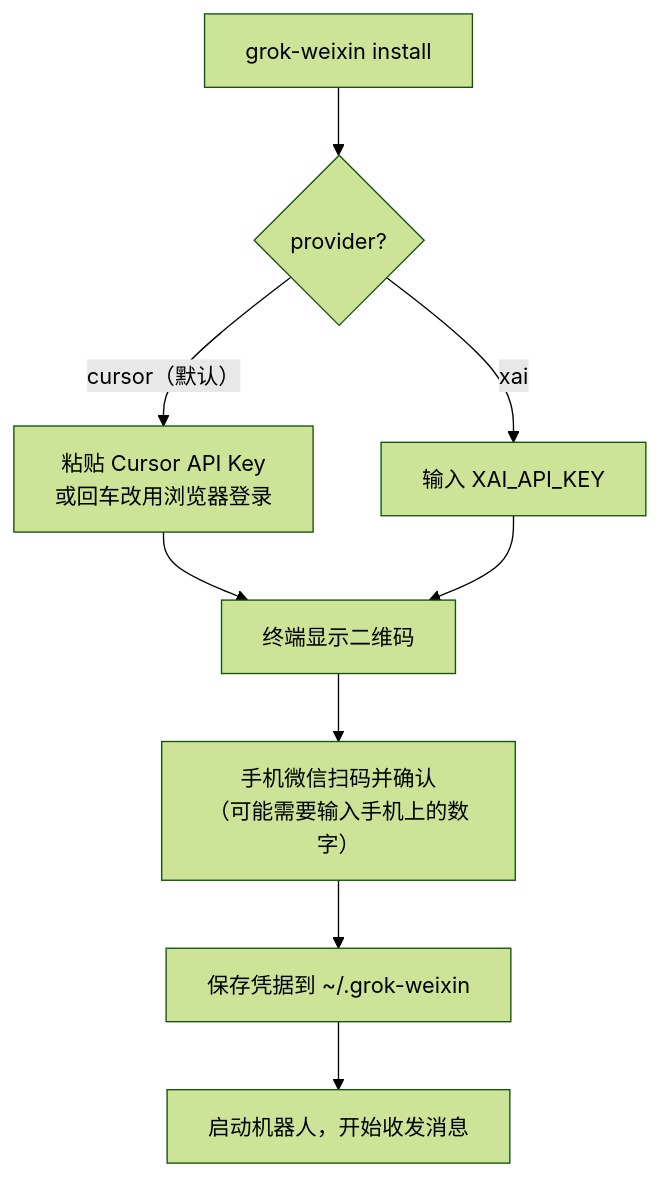
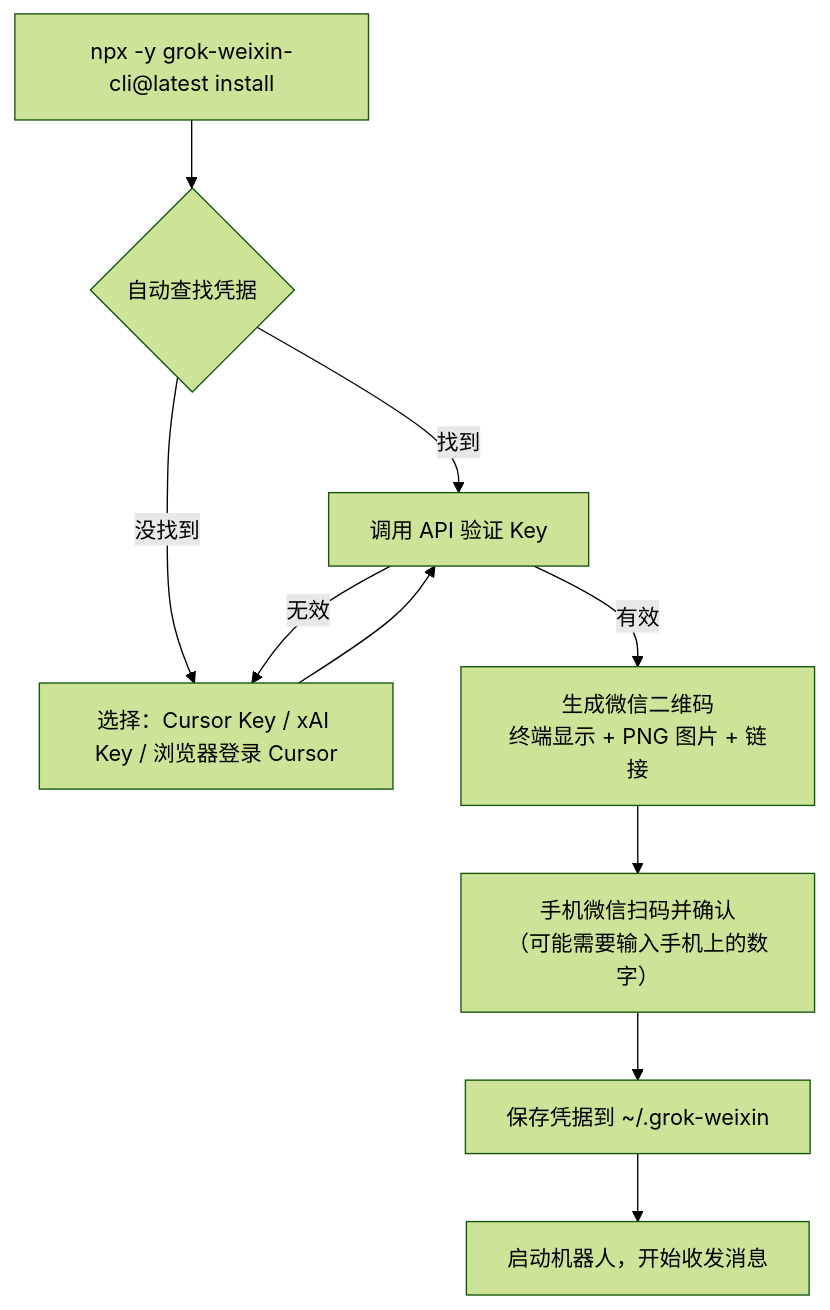
The second of 3 diagrams in README.md (evanyangg/grok-weixin-cli), drawn with Mermaid (forest theme) before and after one commit. The commit also changed other lines of this file and 6 other files, not shown here.

Commit message:
install: auto-detect and validate Grok credentials, resumable QR login, non-interactive mode, daemon and stop

````diff
--- a/README.md
+++ b/README.md
@@ -84,11 +77,12 @@
 ```mermaid
 flowchart TD
-    A["grok-weixin install"] --> B{"provider?"}
-    B -- "cursor（默认）" --> C["粘贴 Cursor API Key<br/>或回车改用浏览器登录"]
-    B -- "xai" --> D["输入 XAI_API_KEY"]
-    C --> E["终端显示二维码"]
-    D --> E
+    A["npx -y grok-weixin-cli@latest install"] --> B{"自动查找凭据"}
+    B -- "找到" --> V["调用 API 验证 Key"]
+    B -- "没找到" --> C["选择：Cursor Key / xAI Key / 浏览器登录 Cursor"]
+    C --> V
+    V -- "无效" --> C
+    V -- "有效" --> E["生成微信二维码<br/>终端显示 + PNG 图片 + 链接"]
     E --> F["手机微信扫码并确认<br/>（可能需要输入手机上的数字）"]
     F --> G["保存凭据到 ~/.grok-weixin"]
     G --> H["启动机器人，开始收发消息"]
 ```
````
